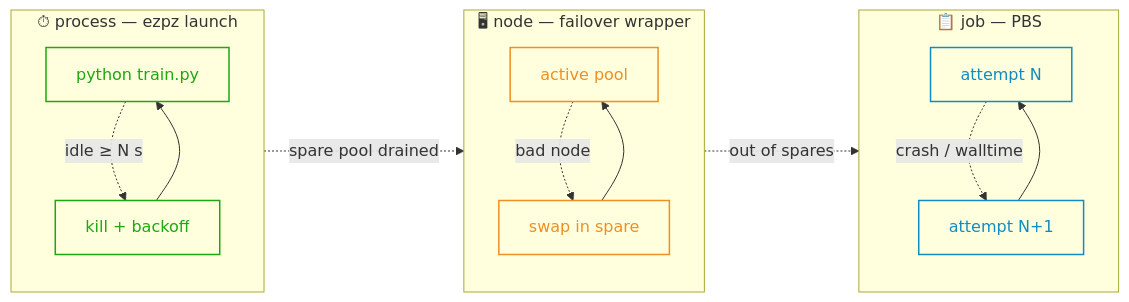
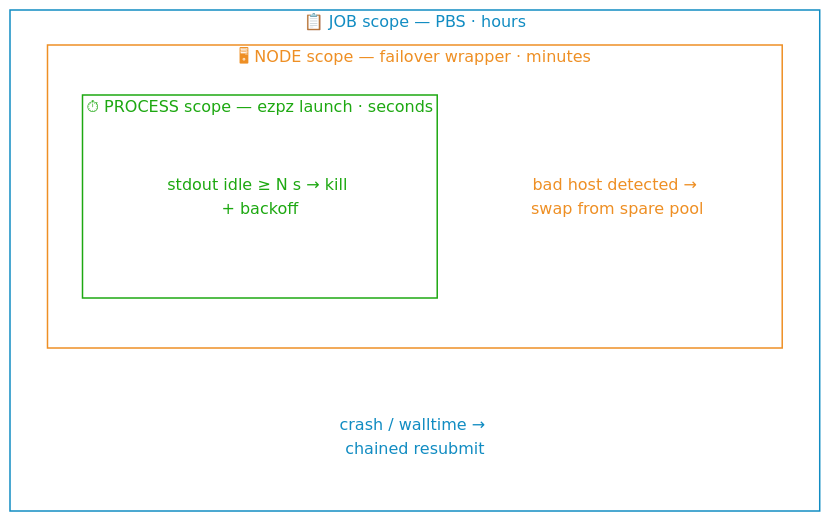
Before and after one commit to saforem2/sam.onl: the third of 4 diagrams in web/src/pages/talks/2026/06/03/index.mdx, drawn with Mermaid. The commit also changed other lines of this file, not shown here.

````diff
--- a/web/src/pages/talks/2026/06/03/index.mdx
+++ b/web/src/pages/talks/2026/06/03/index.mdx
@@ -485,28 +509,25 @@
 ```mermaid
-flowchart LR
-    subgraph proc["⏱ process — ezpz launch"]
-        direction TB
-        RUN["python train.py"] -. "idle ≥ N s" .-> TERM["kill + backoff"]
-        TERM --> RUN
-    end
-    subgraph node["🖥 node — failover wrapper"]
-        direction TB
-        ACTIVE["active pool"] -. "bad node" .-> SWAP["swap in spare"]
-        SWAP --> ACTIVE
-    end
-    subgraph job["📋 job — PBS"]
-        direction TB
-        A1["attempt N"] -. "crash / walltime" .-> A2["attempt N+1"]
-        A2 --> A1
+flowchart TB
+    subgraph job["📋 JOB scope — PBS · hours"]
+        JOB_TXT["crash / walltime → chained resubmit"]
+        subgraph node["🖥 NODE scope — failover wrapper · minutes"]
+            NODE_TXT["bad host detected → swap from spare pool"]
+            subgraph proc["⏱ PROCESS scope — ezpz launch · seconds"]
+                PROC_TXT["stdout idle ≥ N s → kill + backoff"]
+            end
+        end
     end
 
-    proc -. "spare pool drained" .-> node
-    node -. "out of spares" .-> job
-
+    classDef jobC  fill:transparent,stroke:#118cc2,color:#118cc2,stroke-width:1.5px
+    classDef nodeC fill:transparent,stroke:#ee8f24,color:#ee8f24,stroke-width:1.5px
     classDef procC fill:transparent,stroke:#1da811,color:#1da811,stroke-width:1.5px
-    classDef nodeC fill:transparent,stroke:#ee8f24,color:#ee8f24,stroke-width:1.5px
-    classDef jobC fill:transparent,stroke:#118cc2,color:#118cc2,stroke-width:1.5px
-    class RUN,TERM procC
-    class ACTIVE,SWAP nodeC
-    class A1,A2 jobC
+    classDef jobTxt  fill:transparent,stroke:none,color:#118cc2
+    classDef nodeTxt fill:transparent,stroke:none,color:#ee8f24
+    classDef procTxt fill:transparent,stroke:none,color:#1da811
+    class JOB_TXT jobTxt
+    class NODE_TXT nodeTxt
+    class PROC_TXT procTxt
+    class job jobC
+    class node nodeC
+    class proc procC
 ```
````
